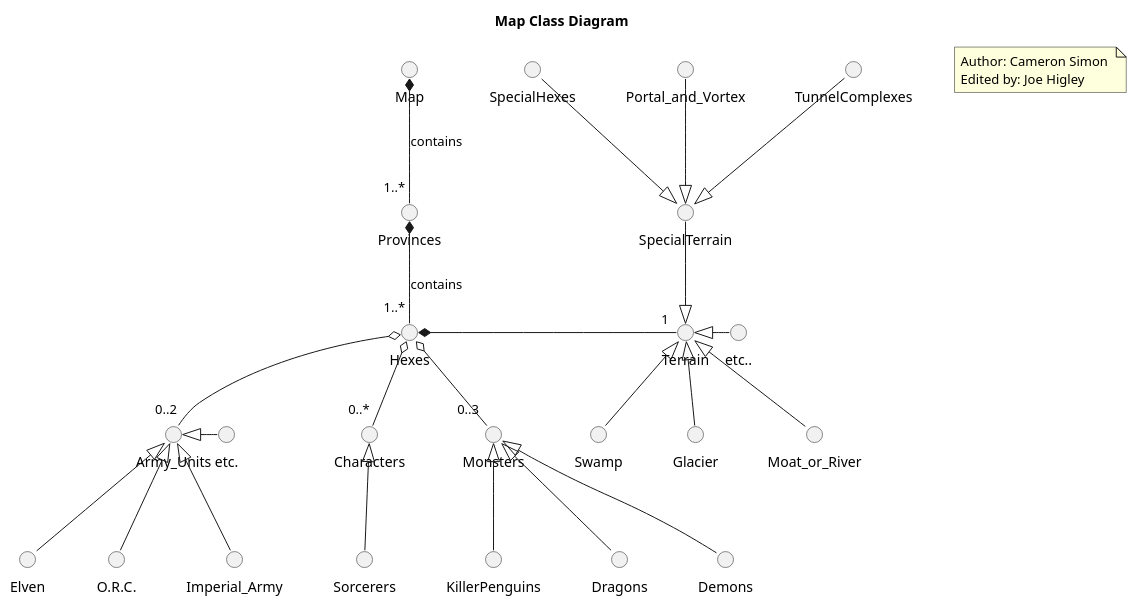
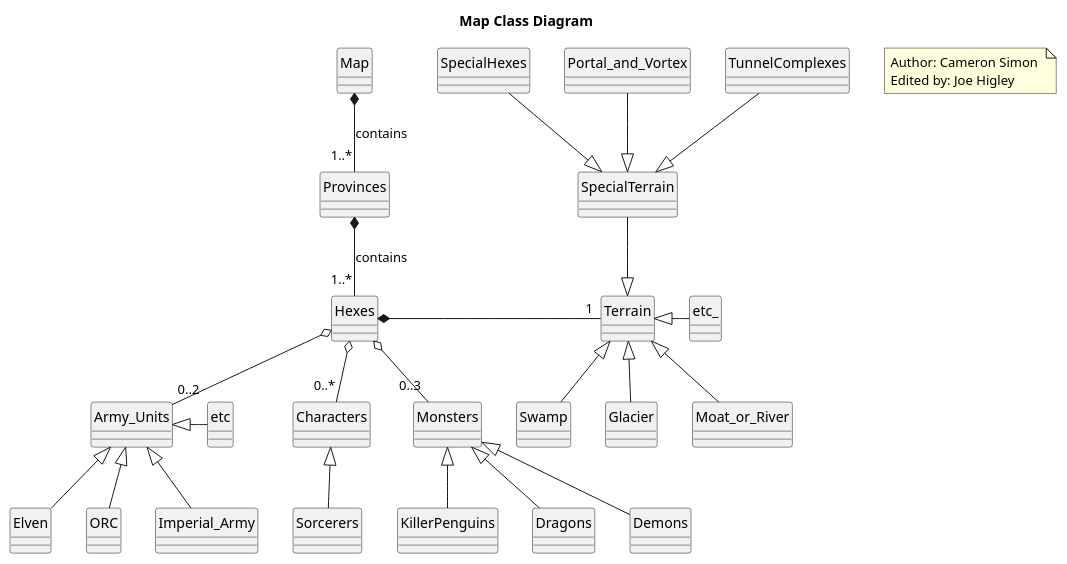
The diagram in doc/hw3/C/Diagrams/Map Class Diagram.puml (cjeffery/sworsorc), drawn with PlantUML before and after one commit. The commit also changed 2 other files, not shown here.

Commit message:
Edited Class Diagram
the "." after my "etc" elements were causing everything to be circles

```diff
--- a/doc/hw3/C/Diagrams/Map Class Diagram.puml
+++ b/doc/hw3/C/Diagrams/Map Class Diagram.puml
@@ -1,32 +1,32 @@
 @startuml
 hide circles
 
 title Map Class Diagram
 note "Author: Cameron Simon \nEdited by: Joe Higley" as n1
 
 Map *-- "1..*" Provinces : contains
 Provinces *-- "1..*" Hexes : contains
 Hexes o-- "0..*" Characters
     Characters <|-- Sorcerers
 Hexes o-- "0..2" Army_Units
     Army_Units <|-- Imperial_Army 
     Army_Units <|-- Elven 
-    Army_Units <|-- O.R.C.
-    Army_Units <|-right- etc.
+    Army_Units <|-- ORC
+    Army_Units <|-right- etc
 
 Hexes o-- "0..3" Monsters
     Monsters <|-- Demons
     Monsters <|-- KillerPenguins
     Monsters <|-- Dragons
 
 Hexes *-right- "1" Terrain
     Terrain <|-- Swamp
     Terrain <|-- Glacier
     Terrain <|-- Moat_or_River
-    Terrain <|-right- etc..
+    Terrain <|-right- etc_
     Terrain <|-up- SpecialTerrain
         SpecialTerrain <|-up- Portal_and_Vortex
         SpecialTerrain <|-up- SpecialHexes
         SpecialTerrain <|-up- TunnelComplexes
 
 @enduml
```
